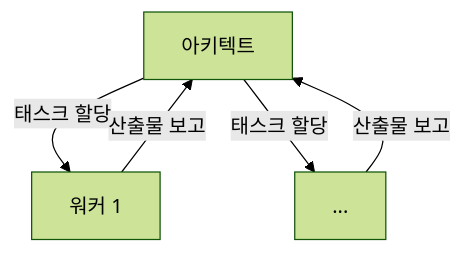
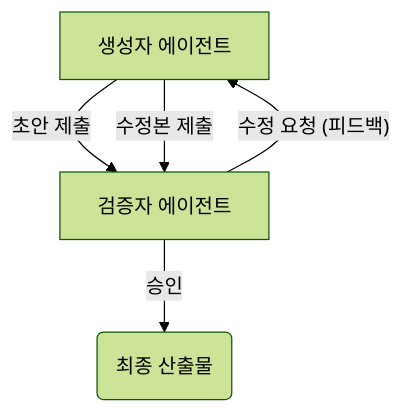
One commit to wooxist/ai-instructions changed the second of 2 diagrams in book/07-process-workflow.md. Above: the diagram before and after it, drawn with Mermaid (forest theme). The commit also changed other lines of this file and 1 other file, not shown here.

Commit message:
refactor: Revise chapter 10 to introduce advanced collaboration architectures and enhance workflow design principles

````diff
--- a/book/07-process-workflow.md
+++ b/book/07-process-workflow.md
@@ -65,7 +41,7 @@
 ```mermaid
 graph TD;
-    Architect[아키텍트] -- 태스크 할당 --> Worker1[워커 1];
-    Architect -- 태스크 할당 --> WorkerN[...];
-    Worker1 -- 산출물 보고 --> Architect;
-    WorkerN -- 산출물 보고 --> Architect;
+    A[생성자 에이전트] -- 초안 제출 --> B[검증자 에이전트];
+    B -- 수정 요청 (피드백) --> A;
+    A -- 수정본 제출 --> B;
+    B -- 승인 --> C(최종 산출물);
 ```
````
